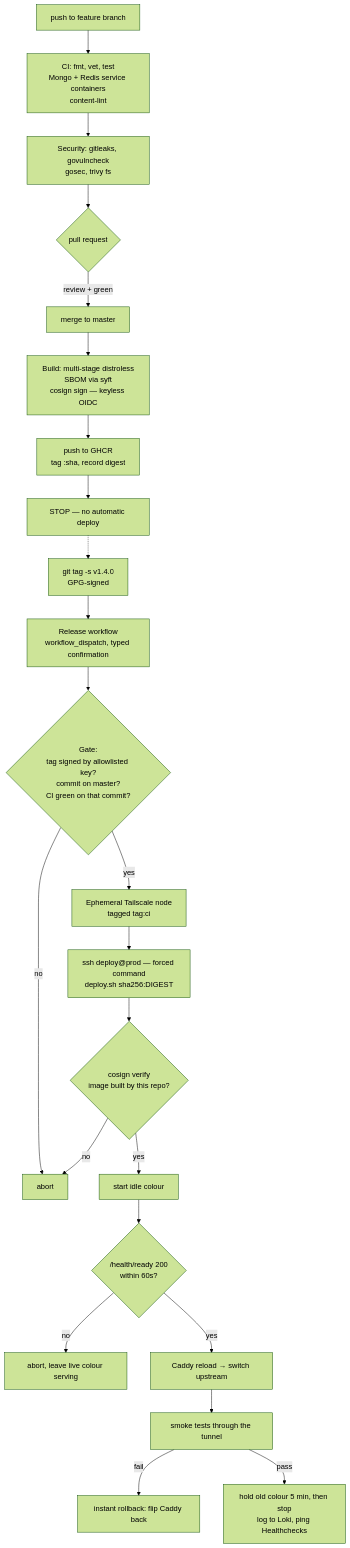
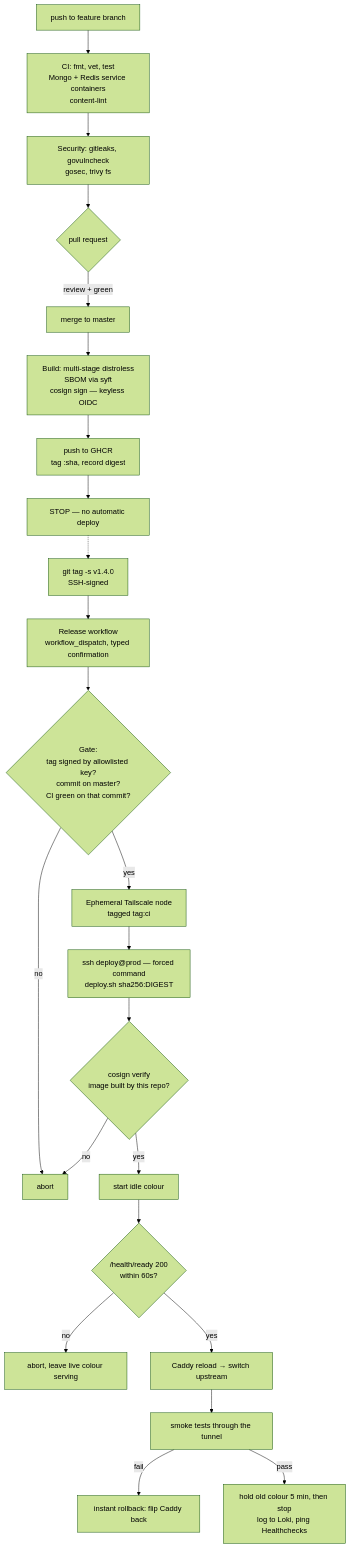
Before and after one commit to M-awais-rasool/DeenQuest: the second of 2 diagrams in docs/VULTR_PRODUCTION_ARCHITECTURE.md, drawn with Mermaid (forest theme). The commit also changed other lines of this file and 9 other files, not shown here.

First line of the commit message:
Bootstrap script for post-boot setup, and SSH-signed release tags (#12)

````diff
--- a/docs/VULTR_PRODUCTION_ARCHITECTURE.md
+++ b/docs/VULTR_PRODUCTION_ARCHITECTURE.md
@@ -787,26 +787,26 @@
 ```mermaid
 flowchart TD
     A["push to feature branch"] --> B["CI: fmt, vet, test<br/>Mongo + Redis service containers<br/>content-lint"]
     B --> C["Security: gitleaks, govulncheck<br/>gosec, trivy fs"]
     C --> D{"pull request"}
     D -->|review + green| E["merge to master"]
     E --> F["Build: multi-stage distroless<br/>SBOM via syft<br/>cosign sign — keyless OIDC"]
     F --> G["push to GHCR<br/>tag :sha, record digest"]
     G --> H["STOP — no automatic deploy"]
 
-    H -.-> I["git tag -s v1.4.0<br/>GPG-signed"]
+    H -.-> I["git tag -s v1.4.0<br/>SSH-signed"]
     I --> J["Release workflow<br/>workflow_dispatch, typed confirmation"]
     J --> K{"Gate:<br/>tag signed by allowlisted key?<br/>commit on master?<br/>CI green on that commit?"}
     K -->|no| X["abort"]
     K -->|yes| L["Ephemeral Tailscale node<br/>tagged tag:ci"]
     L --> M["ssh deploy@prod — forced command<br/>deploy.sh sha256:DIGEST"]
     M --> N{"cosign verify<br/>image built by this repo?"}
     N -->|no| X
     N -->|yes| O["start idle colour"]
     O --> P{"/health/ready 200<br/>within 60s?"}
     P -->|no| Q["abort, leave live colour serving"]
     P -->|yes| R["Caddy reload → switch upstream"]
     R --> S["smoke tests through the tunnel"]
     S -->|fail| T["instant rollback: flip Caddy back"]
     S -->|pass| U["hold old colour 5 min, then stop<br/>log to Loki, ping Healthchecks"]
 ```
````
